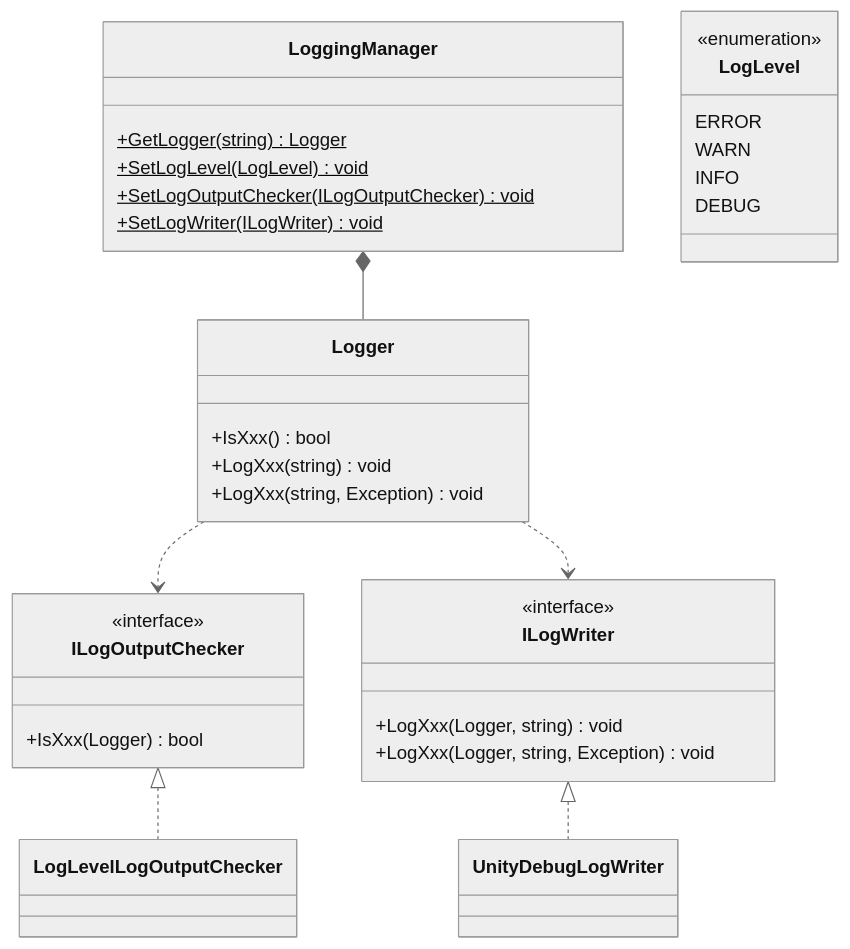
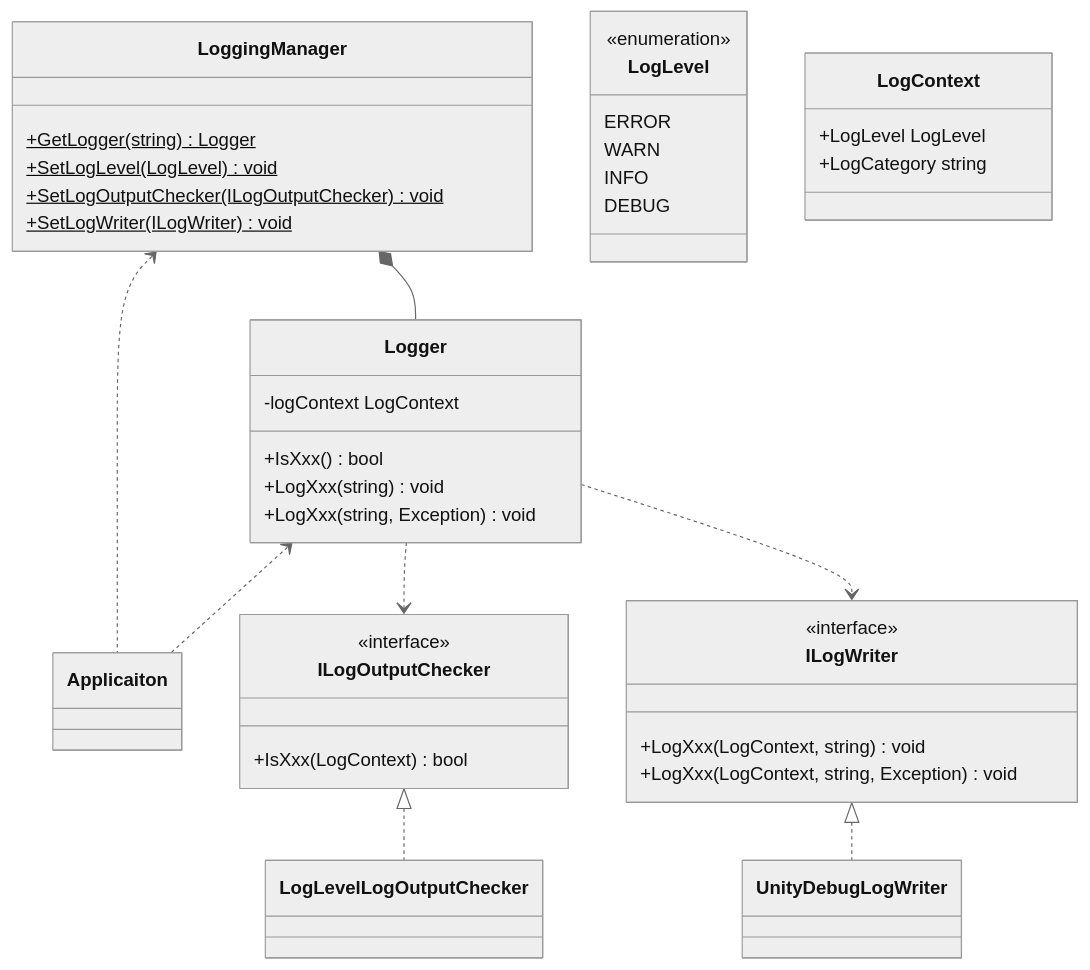
The first of 2 diagrams in docs/core/logging.md (extreal-dev/Extreal.Guide), drawn with Mermaid (neutral theme) before and after one commit. The commit also changed other lines of this file and 2 other files, not shown here.

````diff
--- a/docs/core/logging.md
+++ b/docs/core/logging.md
@@ -55,47 +57,58 @@
 ```mermaid
 classDiagram
 
+    LoggingManager <.. Applicaiton
+    Logger <.. Applicaiton
     LoggingManager *-- Logger
     Logger ..> ILogOutputChecker
     Logger ..> ILogWriter
     ILogOutputChecker <|.. LogLevelLogOutputChecker
     ILogWriter <|.. UnityDebugLogWriter
+
+    class Applicaiton {
+    }
 
     class LogLevel {
         <<enumeration>>
         ERROR
         WARN
         INFO
         DEBUG
     }
 
+    class LogContext {
+        +LogLevel LogLevel
+        +LogCategory string
+    }
+
     class Logger {
+        -logContext LogContext
         +IsXxx() bool
         +LogXxx(string) void
         +LogXxx(string, Exception) void
     }
 
     class LoggingManager {
         +GetLogger(string)$ Logger
         +SetLogLevel(LogLevel)$ void
         +SetLogOutputChecker(ILogOutputChecker)$ void
         +SetLogWriter(ILogWriter)$ void
     }
 
     class ILogOutputChecker {
         <<interface>>
-        +IsXxx(Logger) bool
+        +IsXxx(LogContext) bool
     }
 
     class ILogWriter {
         <<interface>>
-        +LogXxx(Logger, string) void
-        +LogXxx(Logger, string, Exception) void
+        +LogXxx(LogContext, string) void
+        +LogXxx(LogContext, string, Exception) void
     }
 
     class LogLevelLogOutputChecker {
     }
 
     class UnityDebugLogWriter {
     }
 ```
````
